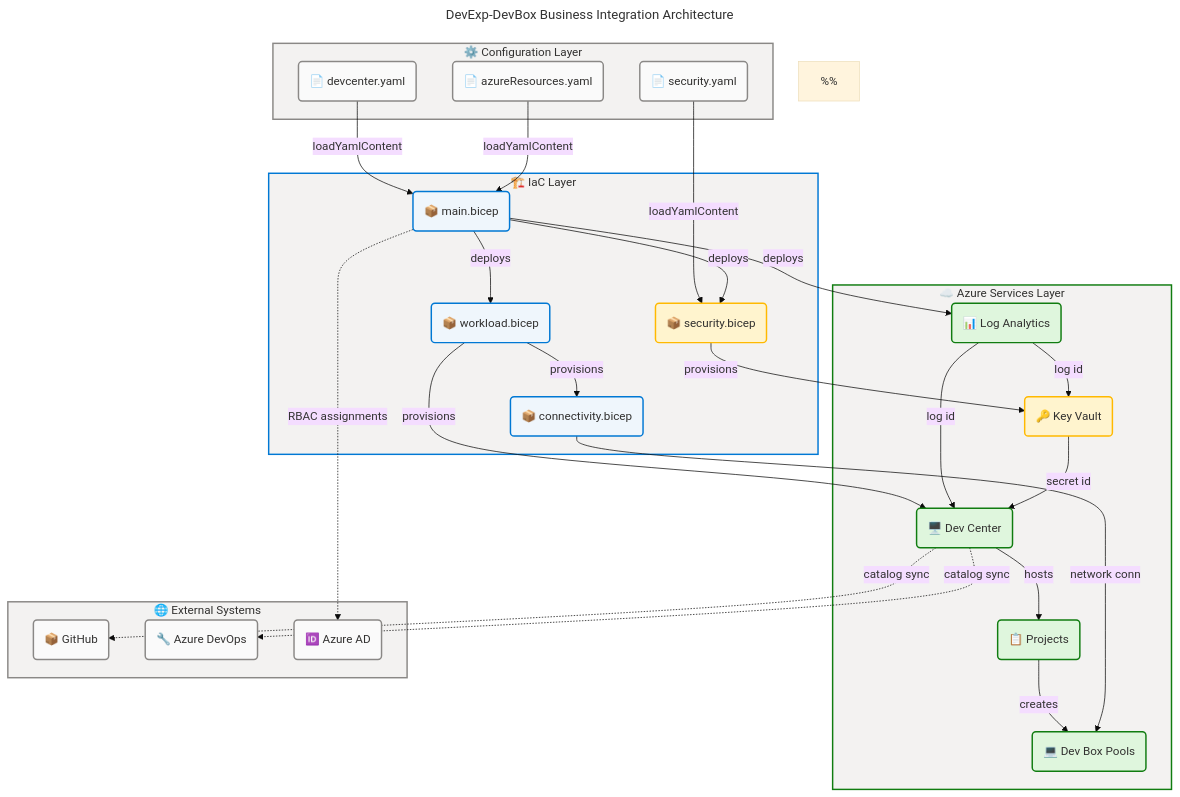
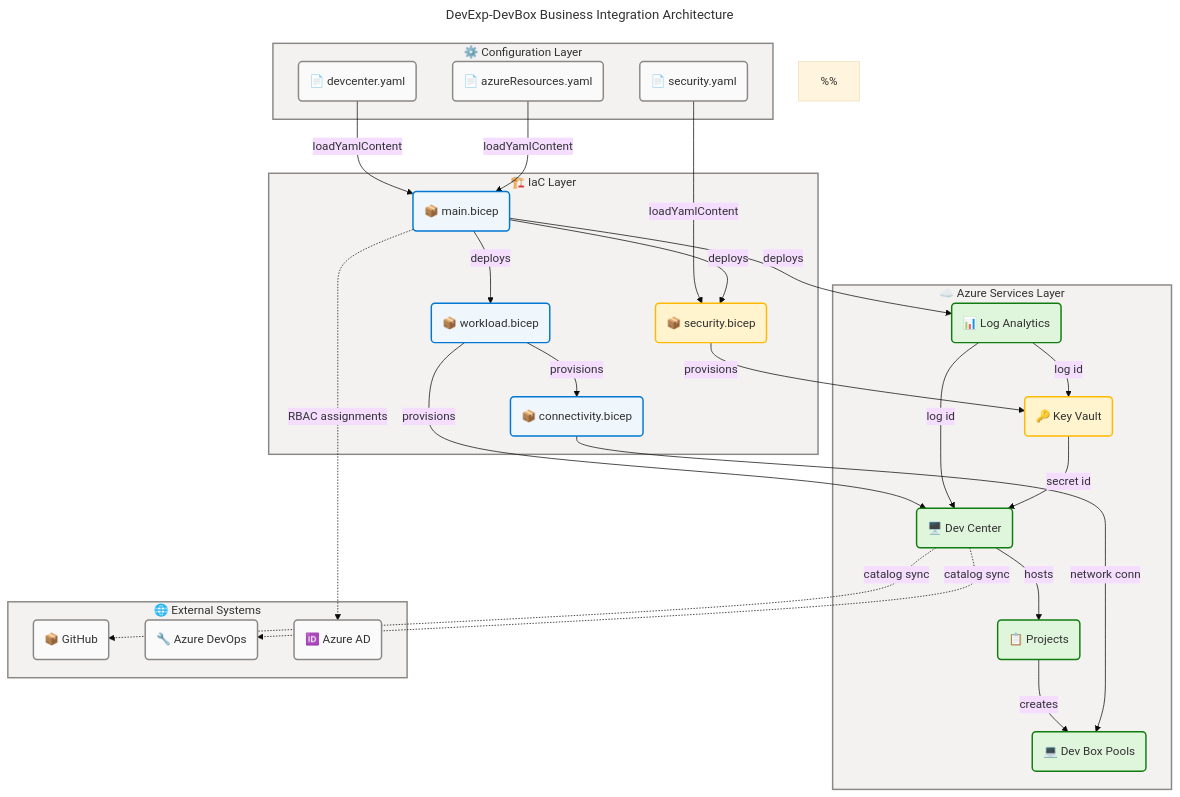
The fifth of 5 diagrams in docs/architecture/bus-arch.md (Evilazaro/DevExp-DevBox), drawn with Mermaid before and after one commit. The commit also changed other lines of this file and 3 other files, not shown here.

Commit message:
Refactor resource tables in tech-arch.md for improved readability and consistency; update color styles in flowcharts for better visual coherence.

````diff
--- a/docs/architecture/bus-arch.md
+++ b/docs/architecture/bus-arch.md
@@ -1010,7 +1010,7 @@
     classDef warning fill:#FFF4CE,stroke:#FFB900,stroke-width:2px,color:#323130
 
     style config_layer fill:#F3F2F1,stroke:#8A8886,stroke-width:2px,color:#323130
-    style iac_layer fill:#F3F2F1,stroke:#0078D4,stroke-width:2px,color:#323130
-    style azure_layer fill:#F3F2F1,stroke:#107C10,stroke-width:2px,color:#323130
+    style iac_layer fill:#F3F2F1,stroke:#8A8886,stroke-width:2px,color:#323130
+    style azure_layer fill:#F3F2F1,stroke:#8A8886,stroke-width:2px,color:#323130
     style external fill:#F3F2F1,stroke:#8A8886,stroke-width:2px,color:#323130
 ```
````
